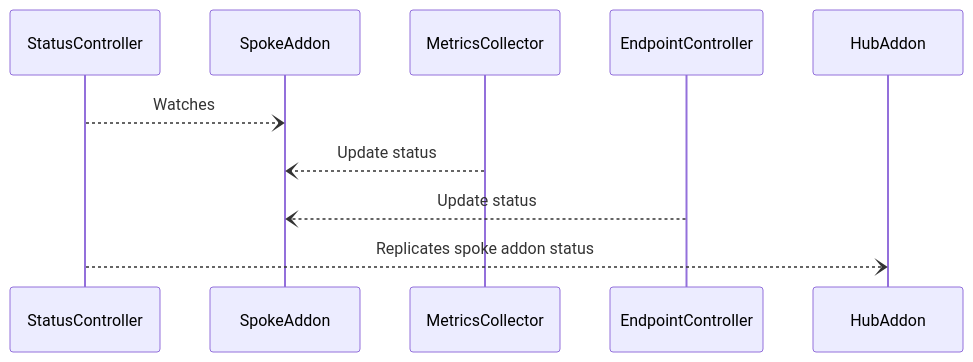
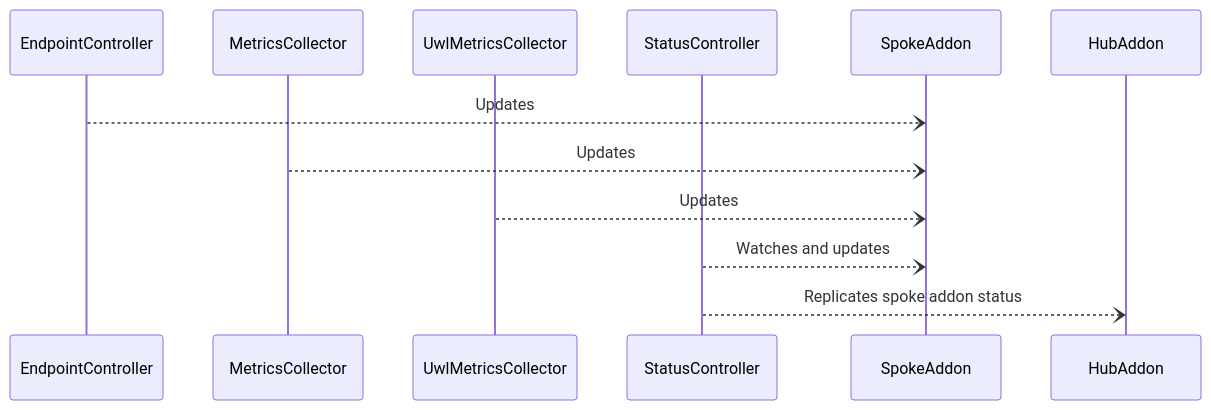
Before and after one commit to stolostron/multicluster-observability-operator: the first of 4 diagrams in operators/endpointmetrics/doc/design/addon-status.md, drawn with Mermaid. The commit also changed other lines of this file, not shown here.

````diff
--- a/operators/endpointmetrics/doc/design/addon-status.md
+++ b/operators/endpointmetrics/doc/design/addon-status.md
@@ -37,7 +43,14 @@
 ```mermaid
 sequenceDiagram
-    StatusController--)SpokeAddon: Watches
-    MetricsCollector--)SpokeAddon: Update status
-    EndpointController--)SpokeAddon: Update status
+    participant EndpointController
+    participant MetricsCollector
+    participant UwlMetricsCollector
+    participant StatusController
+    participant SpokeAddon
+    participant HubAddon
+    EndpointController--)SpokeAddon: Updates 
+    MetricsCollector--)SpokeAddon: Updates 
+    UwlMetricsCollector--)SpokeAddon: Updates 
+    StatusController--)SpokeAddon: Watches and updates 
     StatusController--)HubAddon: Replicates spoke addon status
 ```
````
